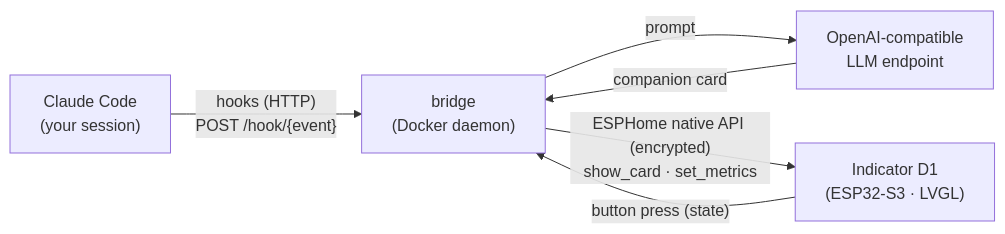
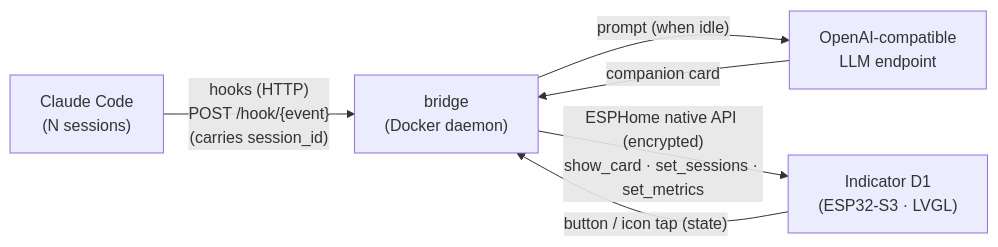
Before and after one commit to yufeikang/indicator-ai-companion: the diagram in README.md, drawn with Mermaid. The commit also changed other lines of this file and 24 other files, not shown here.

First line of the commit message:
feat: multi-session HUD with Claude star icons + review-driven fixes

````diff
--- a/README.md
+++ b/README.md
@@ -22,13 +27,13 @@
 ```mermaid
 flowchart LR
-    CC["Claude Code<br/>(your session)"]
+    CC["Claude Code<br/>(N sessions)"]
     BR["bridge<br/>(Docker daemon)"]
     LLM["OpenAI-compatible<br/>LLM endpoint"]
     DEV["Indicator D1<br/>(ESP32-S3 · LVGL)"]
 
-    CC -- "hooks (HTTP)<br/>POST /hook/{event}" --> BR
-    BR -- "prompt" --> LLM
+    CC -- "hooks (HTTP)<br/>POST /hook/{event}<br/>(carries session_id)" --> BR
+    BR -- "prompt (when idle)" --> LLM
     LLM -- "companion card" --> BR
-    BR -- "ESPHome native API (encrypted)<br/>show_card · set_metrics" --> DEV
-    DEV -- "button press (state)" --> BR
+    BR -- "ESPHome native API (encrypted)<br/>show_card · set_sessions · set_metrics" --> DEV
+    DEV -- "button / icon tap (state)" --> BR
 ```
````
